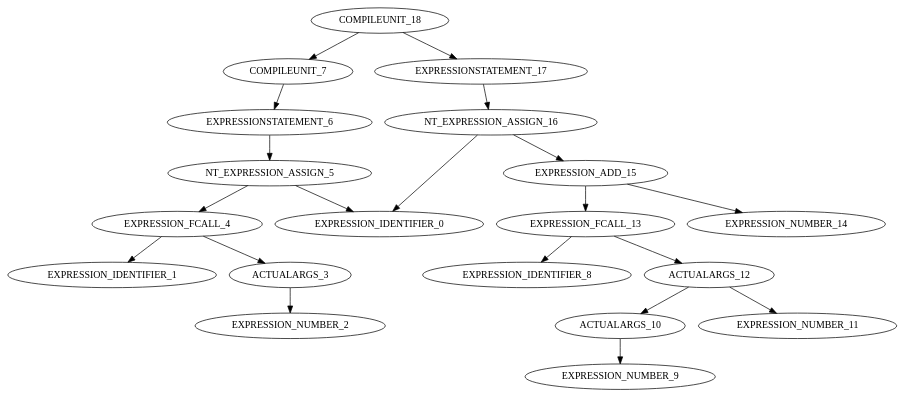
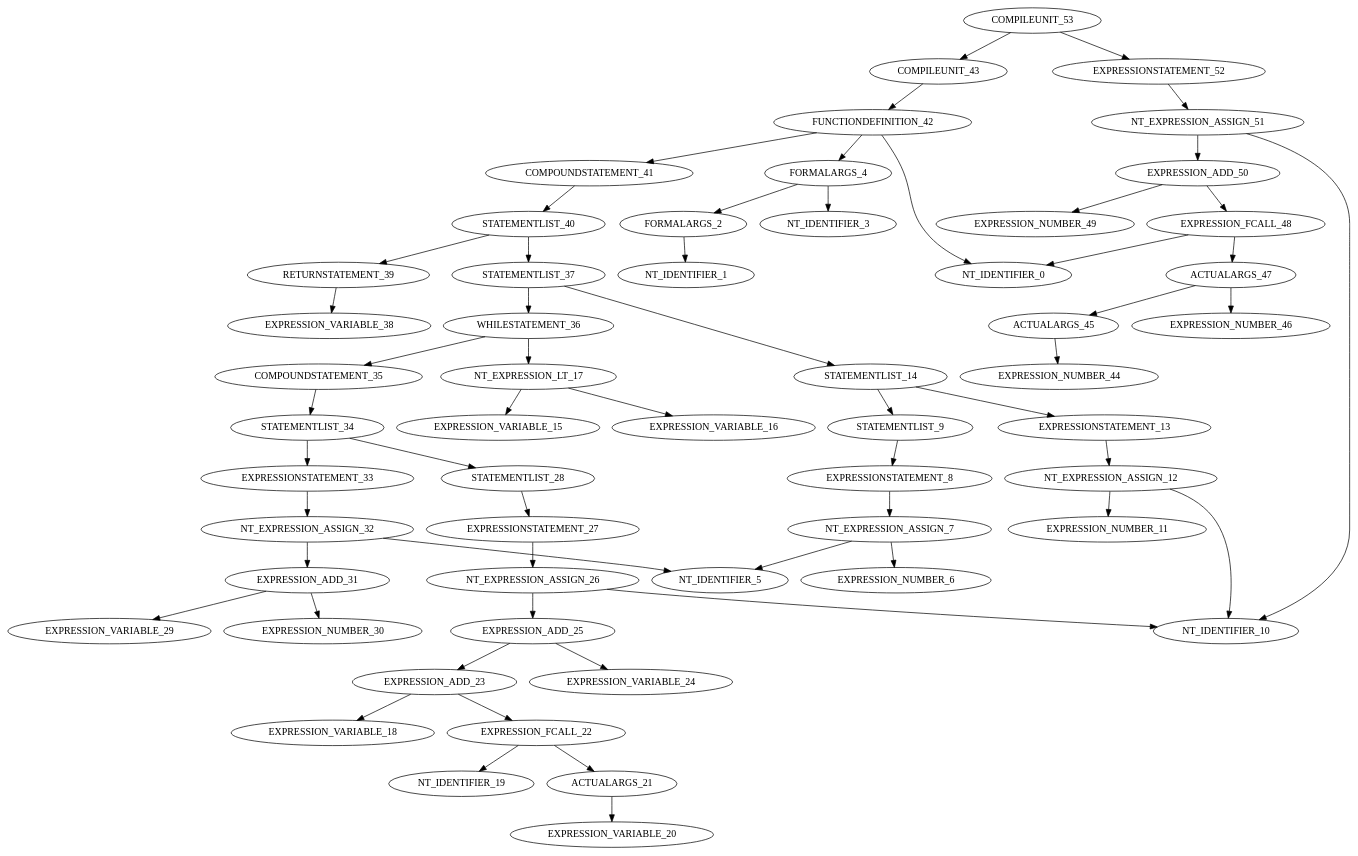
One commit to dhmhgreCompilers1/MINIC changed the diagram in MINIC/ST.dot. Above: the diagram before and after it, drawn with Graphviz. The commit also changed 13 other files, not shown here.

```diff
--- a/MINIC/ST.dot
+++ b/MINIC/ST.dot
@@ -1,21 +1,59 @@
 digraph G{
-"COMPILEUNIT_18"->"COMPILEUNIT_7";
-"COMPILEUNIT_7"->"EXPRESSIONSTATEMENT_6";
-"EXPRESSIONSTATEMENT_6"->"NT_EXPRESSION_ASSIGN_5";
-"NT_EXPRESSION_ASSIGN_5"->"EXPRESSION_IDENTIFIER_0";
-"NT_EXPRESSION_ASSIGN_5"->"EXPRESSION_FCALL_4";
-"EXPRESSION_FCALL_4"->"EXPRESSION_IDENTIFIER_1";
-"EXPRESSION_FCALL_4"->"ACTUALARGS_3";
-"ACTUALARGS_3"->"EXPRESSION_NUMBER_2";
-"COMPILEUNIT_18"->"EXPRESSIONSTATEMENT_17";
-"EXPRESSIONSTATEMENT_17"->"NT_EXPRESSION_ASSIGN_16";
-"NT_EXPRESSION_ASSIGN_16"->"EXPRESSION_IDENTIFIER_0";
-"NT_EXPRESSION_ASSIGN_16"->"EXPRESSION_ADD_15";
-"EXPRESSION_ADD_15"->"EXPRESSION_FCALL_13";
-"EXPRESSION_FCALL_13"->"EXPRESSION_IDENTIFIER_8";
-"EXPRESSION_FCALL_13"->"ACTUALARGS_12";
-"ACTUALARGS_12"->"ACTUALARGS_10";
-"ACTUALARGS_10"->"EXPRESSION_NUMBER_9";
-"ACTUALARGS_12"->"EXPRESSION_NUMBER_11";
-"EXPRESSION_ADD_15"->"EXPRESSION_NUMBER_14";
+"COMPILEUNIT_53"->"COMPILEUNIT_43";
+"COMPILEUNIT_43"->"FUNCTIONDEFINITION_42";
+"FUNCTIONDEFINITION_42"->"NT_IDENTIFIER_0";
+"FUNCTIONDEFINITION_42"->"FORMALARGS_4";
+"FORMALARGS_4"->"FORMALARGS_2";
+"FORMALARGS_2"->"NT_IDENTIFIER_1";
+"FORMALARGS_4"->"NT_IDENTIFIER_3";
+"FUNCTIONDEFINITION_42"->"COMPOUNDSTATEMENT_41";
+"COMPOUNDSTATEMENT_41"->"STATEMENTLIST_40";
+"STATEMENTLIST_40"->"STATEMENTLIST_37";
+"STATEMENTLIST_37"->"STATEMENTLIST_14";
+"STATEMENTLIST_14"->"STATEMENTLIST_9";
+"STATEMENTLIST_9"->"EXPRESSIONSTATEMENT_8";
+"EXPRESSIONSTATEMENT_8"->"NT_EXPRESSION_ASSIGN_7";
+"NT_EXPRESSION_ASSIGN_7"->"NT_IDENTIFIER_5";
+"NT_EXPRESSION_ASSIGN_7"->"EXPRESSION_NUMBER_6";
+"STATEMENTLIST_14"->"EXPRESSIONSTATEMENT_13";
+"EXPRESSIONSTATEMENT_13"->"NT_EXPRESSION_ASSIGN_12";
+"NT_EXPRESSION_ASSIGN_12"->"NT_IDENTIFIER_10";
+"NT_EXPRESSION_ASSIGN_12"->"EXPRESSION_NUMBER_11";
+"STATEMENTLIST_37"->"WHILESTATEMENT_36";
+"WHILESTATEMENT_36"->"NT_EXPRESSION_LT_17";
+"NT_EXPRESSION_LT_17"->"EXPRESSION_VARIABLE_15";
+"NT_EXPRESSION_LT_17"->"EXPRESSION_VARIABLE_16";
+"WHILESTATEMENT_36"->"COMPOUNDSTATEMENT_35";
+"COMPOUNDSTATEMENT_35"->"STATEMENTLIST_34";
+"STATEMENTLIST_34"->"STATEMENTLIST_28";
+"STATEMENTLIST_28"->"EXPRESSIONSTATEMENT_27";
+"EXPRESSIONSTATEMENT_27"->"NT_EXPRESSION_ASSIGN_26";
+"NT_EXPRESSION_ASSIGN_26"->"NT_IDENTIFIER_10";
+"NT_EXPRESSION_ASSIGN_26"->"EXPRESSION_ADD_25";
+"EXPRESSION_ADD_25"->"EXPRESSION_ADD_23";
+"EXPRESSION_ADD_23"->"EXPRESSION_VARIABLE_18";
+"EXPRESSION_ADD_23"->"EXPRESSION_FCALL_22";
+"EXPRESSION_FCALL_22"->"NT_IDENTIFIER_19";
+"EXPRESSION_FCALL_22"->"ACTUALARGS_21";
+"ACTUALARGS_21"->"EXPRESSION_VARIABLE_20";
+"EXPRESSION_ADD_25"->"EXPRESSION_VARIABLE_24";
+"STATEMENTLIST_34"->"EXPRESSIONSTATEMENT_33";
+"EXPRESSIONSTATEMENT_33"->"NT_EXPRESSION_ASSIGN_32";
+"NT_EXPRESSION_ASSIGN_32"->"NT_IDENTIFIER_5";
+"NT_EXPRESSION_ASSIGN_32"->"EXPRESSION_ADD_31";
+"EXPRESSION_ADD_31"->"EXPRESSION_VARIABLE_29";
+"EXPRESSION_ADD_31"->"EXPRESSION_NUMBER_30";
+"STATEMENTLIST_40"->"RETURNSTATEMENT_39";
+"RETURNSTATEMENT_39"->"EXPRESSION_VARIABLE_38";
+"COMPILEUNIT_53"->"EXPRESSIONSTATEMENT_52";
+"EXPRESSIONSTATEMENT_52"->"NT_EXPRESSION_ASSIGN_51";
+"NT_EXPRESSION_ASSIGN_51"->"NT_IDENTIFIER_10";
+"NT_EXPRESSION_ASSIGN_51"->"EXPRESSION_ADD_50";
+"EXPRESSION_ADD_50"->"EXPRESSION_FCALL_48";
+"EXPRESSION_FCALL_48"->"NT_IDENTIFIER_0";
+"EXPRESSION_FCALL_48"->"ACTUALARGS_47";
+"ACTUALARGS_47"->"ACTUALARGS_45";
+"ACTUALARGS_45"->"EXPRESSION_NUMBER_44";
+"ACTUALARGS_47"->"EXPRESSION_NUMBER_46";
+"EXPRESSION_ADD_50"->"EXPRESSION_NUMBER_49";
 }
```
